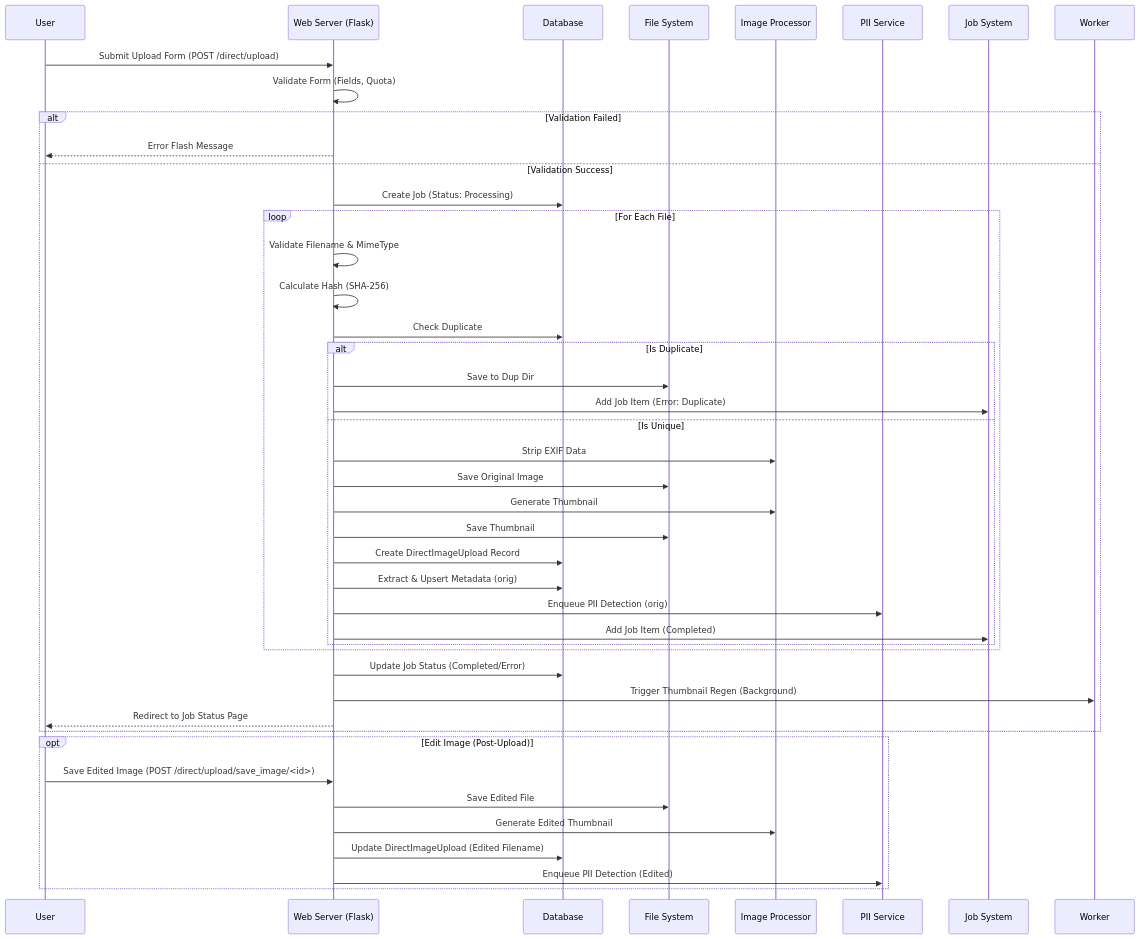
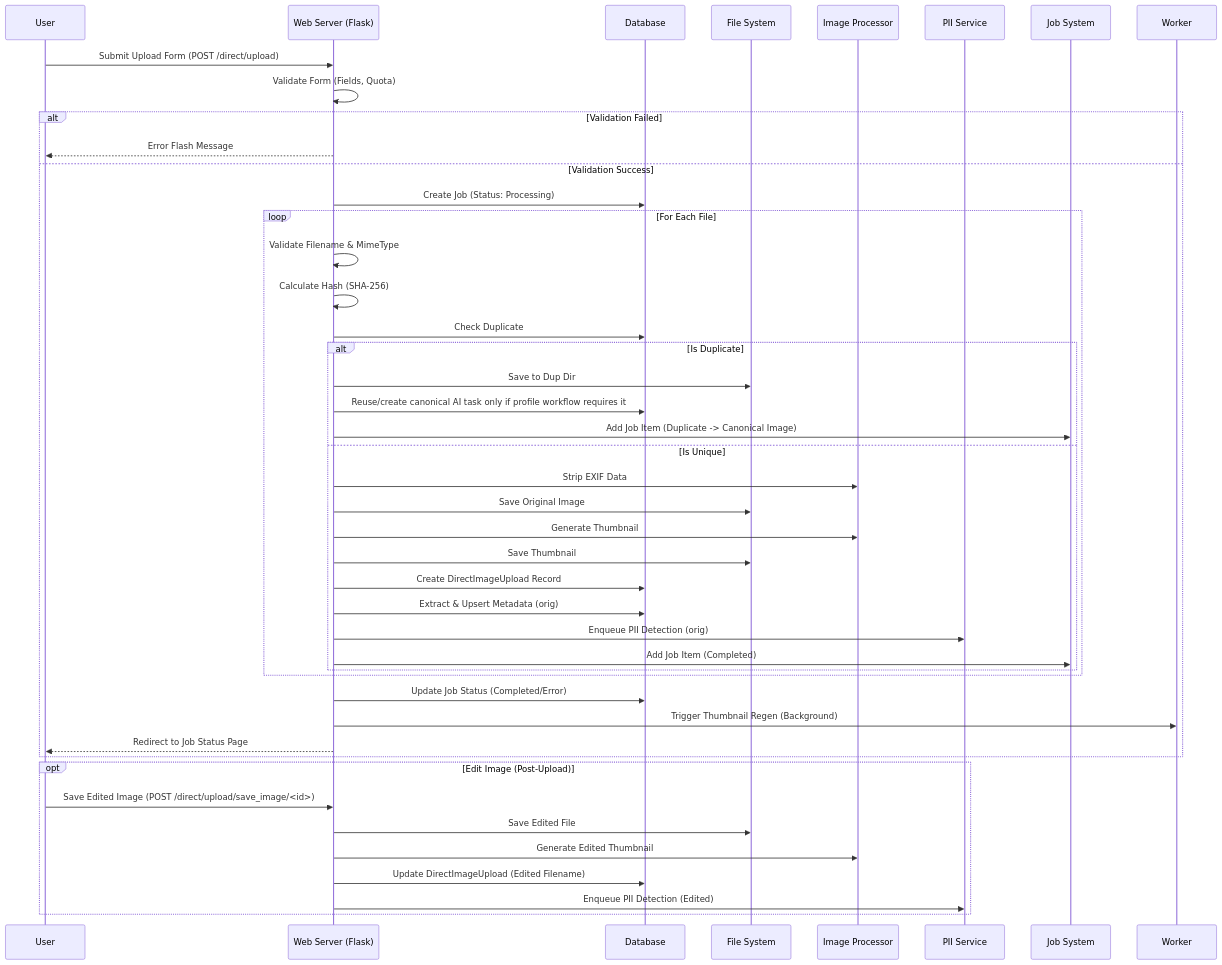
The diagram in docs/08-Workflow/02-Direct_Upload_Workflow.md (drguptavivek/fundus_img_xtract), drawn with Mermaid before and after one commit. The commit also changed other lines of this file and 15 other files, not shown here.

Commit message:
fix: enforce canonical duplicate direct upload policy

````diff
--- a/docs/08-Workflow/02-Direct_Upload_Workflow.md
+++ b/docs/08-Workflow/02-Direct_Upload_Workflow.md
@@ -47,52 +50,53 @@
 ```mermaid
 sequenceDiagram
     participant User
     participant WebServer as Web Server (Flask)
     participant DB as Database
     participant FileSystem as File System
     participant ImageProc as Image Processor
     participant PII as PII Service
     participant JobSystem as Job System
 
     User->>WebServer: Submit Upload Form (POST /direct/upload)
     WebServer->>WebServer: Validate Form (Fields, Quota)
     
     alt Validation Failed
         WebServer-->>User: Error Flash Message
     else Validation Success
         WebServer->>DB: Create Job (Status: Processing)
         
         loop For Each File
             WebServer->>WebServer: Validate Filename & MimeType
             WebServer->>WebServer: Calculate Hash (SHA-256)
             WebServer->>DB: Check Duplicate
             
             alt Is Duplicate
                 WebServer->>FileSystem: Save to Dup Dir
-                WebServer->>JobSystem: Add Job Item (Error: Duplicate)
+                WebServer->>DB: Reuse/create canonical AI task only if profile workflow requires it
+                WebServer->>JobSystem: Add Job Item (Duplicate -> Canonical Image)
             else Is Unique
                 WebServer->>ImageProc: Strip EXIF Data
                 WebServer->>FileSystem: Save Original Image
                 WebServer->>ImageProc: Generate Thumbnail
                 WebServer->>FileSystem: Save Thumbnail
                 
                 WebServer->>DB: Create DirectImageUpload Record
                 WebServer->>DB: Extract & Upsert Metadata (orig)
                 WebServer->>PII: Enqueue PII Detection (orig)
                 WebServer->>JobSystem: Add Job Item (Completed)
             end
         end
         
         WebServer->>DB: Update Job Status (Completed/Error)
         WebServer->>Worker: Trigger Thumbnail Regen (Background)
         WebServer-->>User: Redirect to Job Status Page
     end
     
     opt Edit Image (Post-Upload)
         User->>WebServer: Save Edited Image (POST /direct/upload/save_image/<id>)
         WebServer->>FileSystem: Save Edited File
         WebServer->>ImageProc: Generate Edited Thumbnail
         WebServer->>DB: Update DirectImageUpload (Edited Filename)
         WebServer->>PII: Enqueue PII Detection (Edited)
     end
 ```
````
